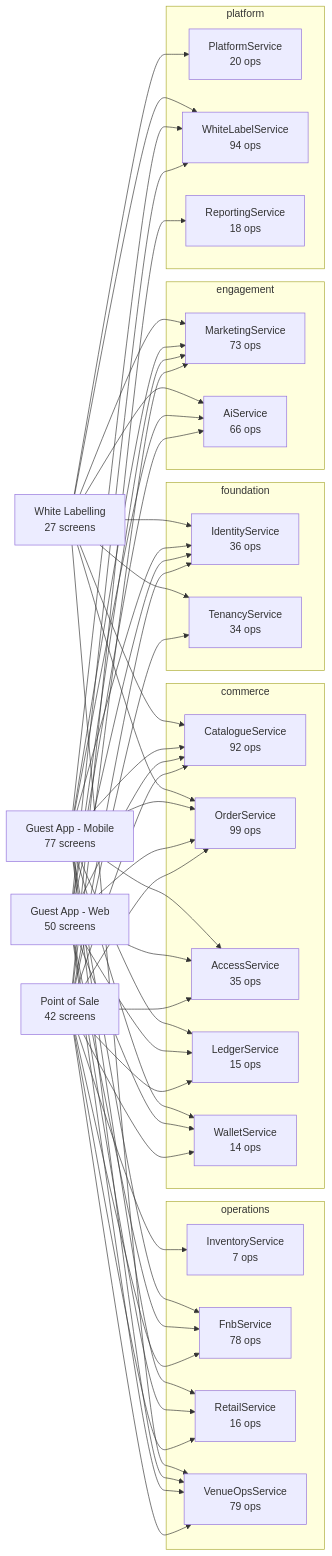
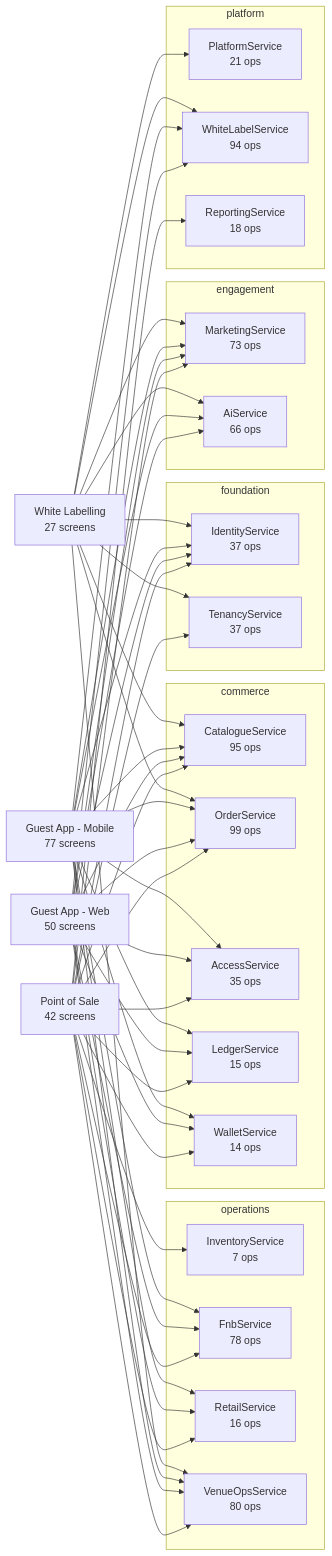
Before and after one commit to Diretide298/Solution_Architecture: the diagram in ticvai/handoff/service-docs/README.md, drawn with Mermaid. The commit also changed other lines of this file and 6864 other files, not shown here.

````diff
--- a/ticvai/handoff/service-docs/README.md
+++ b/ticvai/handoff/service-docs/README.md
@@ -9,79 +9,79 @@
 ```mermaid
 flowchart LR
   POS["Point of Sale<br/>42 screens"]
   WEB["Guest App - Web<br/>50 screens"]
   MOB["Guest App - Mobile<br/>77 screens"]
   WL["White Labelling<br/>27 screens"]
   subgraph foundation
-    IdentityService["IdentityService<br/>36 ops"]
-    TenancyService["TenancyService<br/>34 ops"]
+    IdentityService["IdentityService<br/>37 ops"]
+    TenancyService["TenancyService<br/>37 ops"]
   end
   subgraph commerce
-    CatalogueService["CatalogueService<br/>92 ops"]
+    CatalogueService["CatalogueService<br/>95 ops"]
     OrderService["OrderService<br/>99 ops"]
     AccessService["AccessService<br/>35 ops"]
     LedgerService["LedgerService<br/>15 ops"]
     WalletService["WalletService<br/>14 ops"]
   end
   subgraph operations
     InventoryService["InventoryService<br/>7 ops"]
     FnbService["FnbService<br/>78 ops"]
     RetailService["RetailService<br/>16 ops"]
-    VenueOpsService["VenueOpsService<br/>79 ops"]
+    VenueOpsService["VenueOpsService<br/>80 ops"]
   end
   subgraph engagement
     MarketingService["MarketingService<br/>73 ops"]
     AiService["AiService<br/>66 ops"]
   end
   subgraph platform
-    PlatformService["PlatformService<br/>20 ops"]
+    PlatformService["PlatformService<br/>21 ops"]
     WhiteLabelService["WhiteLabelService<br/>94 ops"]
     ReportingService["ReportingService<br/>18 ops"]
   end
   POS --> OrderService
   WEB --> OrderService
   MOB --> OrderService
   WL --> OrderService
   POS --> FnbService
   WEB --> FnbService
   MOB --> FnbService
   POS --> AccessService
   WEB --> AccessService
   MOB --> AccessService
   WL --> PlatformService
   POS --> MarketingService
   WEB --> MarketingService
   MOB --> MarketingService
   WL --> MarketingService
   POS --> CatalogueService
   WEB --> CatalogueService
   MOB --> CatalogueService
   WL --> CatalogueService
   POS --> VenueOpsService
   WEB --> VenueOpsService
   MOB --> VenueOpsService
   WL --> VenueOpsService
   POS --> TenancyService
   WL --> TenancyService
   POS --> ReportingService
   WEB --> WhiteLabelService
   MOB --> WhiteLabelService
   WL --> WhiteLabelService
   POS --> InventoryService
   POS --> IdentityService
   WEB --> IdentityService
   MOB --> IdentityService
   WL --> IdentityService
   POS --> RetailService
   WEB --> RetailService
   MOB --> RetailService
   WEB --> AiService
   MOB --> AiService
   WL --> AiService
   POS --> WalletService
   WEB --> WalletService
   MOB --> WalletService
   POS --> LedgerService
   WEB --> LedgerService
   MOB --> LedgerService
 ```
````
